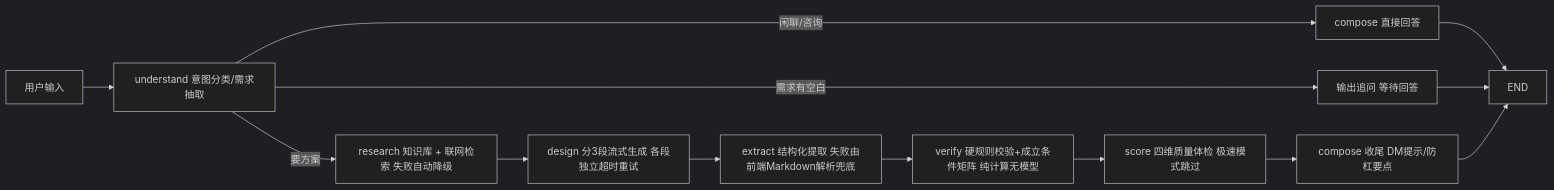
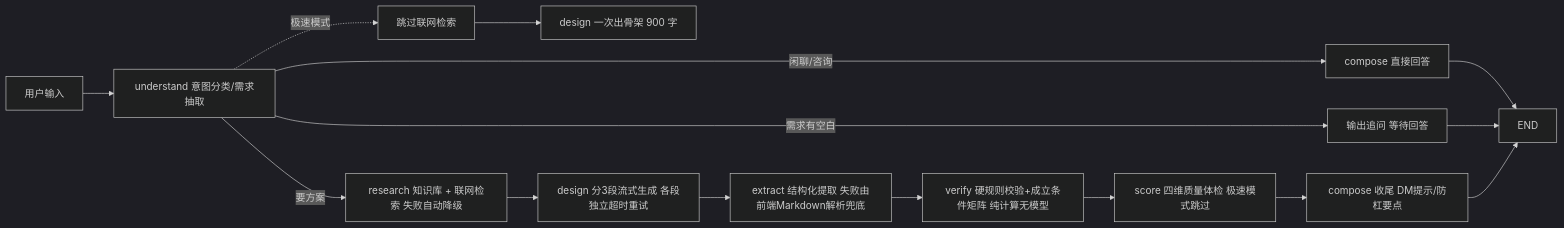
Before and after one commit to water6161/trick-designer-agent: the diagram in README.md, drawn with Mermaid (dark theme). The commit also changed other lines of this file and 4 other files, not shown here.

First line of the commit message:
perf: 极速模式真提速——跳过联网检索、一次出骨架、payload 瘦身

````diff
--- a/README.md
+++ b/README.md
@@ -153,12 +153,13 @@
 ```mermaid
 flowchart LR
   U[用户输入] --> UD[understand 意图分类/需求抽取]
   UD -- 闲聊/咨询 --> C[compose 直接回答] --> E[END]
   UD -- 需求有空白 --> Q[输出追问 等待回答] --> E
   UD -- 要方案 --> R[research 知识库 + 联网检索 失败自动降级]
+  UD -. 极速模式 .-> R0[跳过联网检索] --> D0[design 一次出骨架 900 字]
   R --> D[design 分3段流式生成 各段独立超时重试]
   D --> X[extract 结构化提取 失败由前端Markdown解析兜底]
   X --> V[verify 硬规则校验+成立条件矩阵 纯计算无模型]
   V --> S[score 四维质量体检 极速模式跳过]
   S --> C2[compose 收尾 DM提示/防杠要点] --> E
 ```
````
